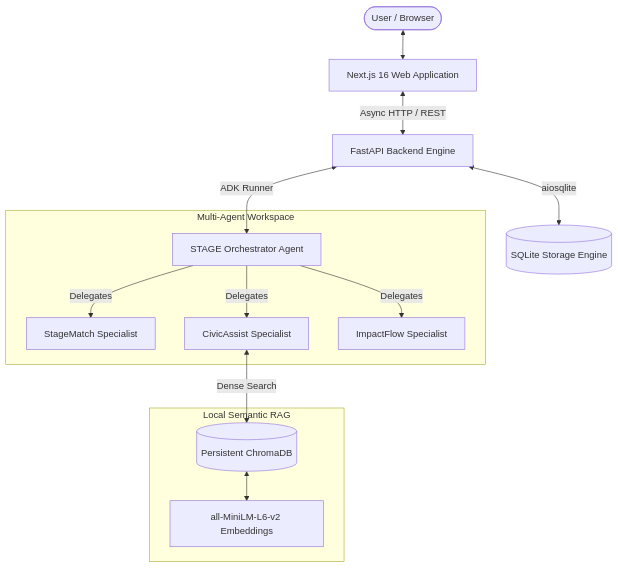
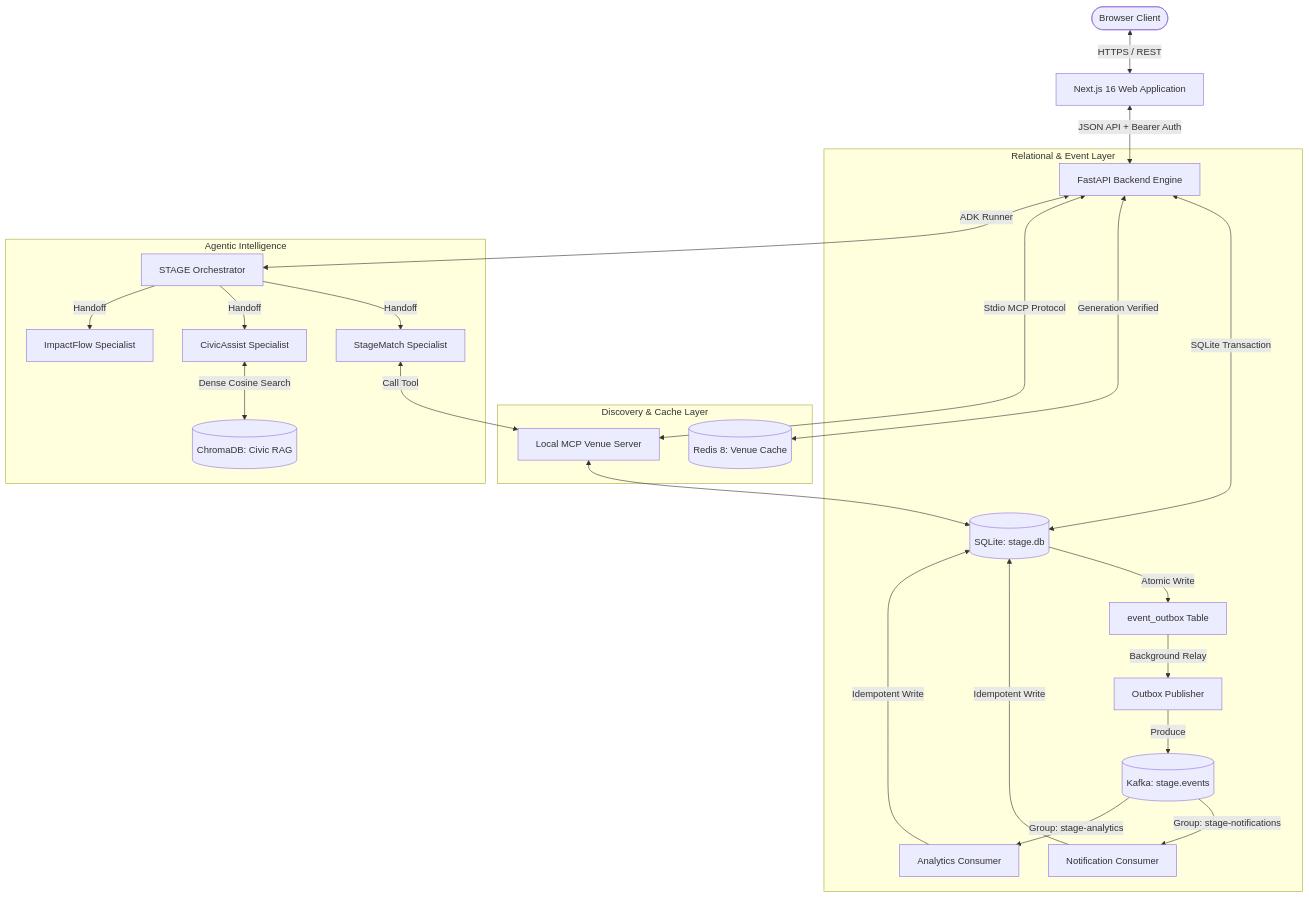
Before and after one commit to arunshrinivaas/stage-agentic-platform: the diagram in README.md, drawn with Mermaid. The commit also changed other lines of this file and 124 other files, not shown here.

````diff
--- a/README.md
+++ b/README.md
@@ -48,19 +109,31 @@
 ```mermaid
 graph TD
-    User([User / Browser]) <--> UI[Next.js 16 Web Application]
-    UI <-->|Async HTTP / REST| API[FastAPI Backend Engine]
-    
-    API <-->|aiosqlite| DB[(SQLite Storage Engine)]
-    API <-->|ADK Runner| Orch[STAGE Orchestrator Agent]
-    
-    subgraph Multi-Agent Workspace
-        Orch -->|Delegates| SM[StageMatch Specialist]
-        Orch -->|Delegates| CA[CivicAssist Specialist]
-        Orch -->|Delegates| IF[ImpactFlow Specialist]
+    User([Browser Client]) <-->|HTTPS / REST| Next[Next.js 16 Web Application]
+    Next <-->|JSON API + Bearer Auth| Fast[FastAPI Backend Engine]
+
+    subgraph Relational & Event Layer
+        Fast <-->|SQLite Transaction| DB[(SQLite: stage.db)]
+        DB -->|Atomic Write| Outbox[event_outbox Table]
+        Outbox -->|Background Relay| Pub[Outbox Publisher]
+        Pub -->|Produce| Kafka[(Kafka: stage.events)]
+        Kafka -->|Group: stage-notifications| ConsNotif[Notification Consumer]
+        Kafka -->|Group: stage-analytics| ConsAnal[Analytics Consumer]
+        ConsNotif -->|Idempotent Write| DB
+        ConsAnal -->|Idempotent Write| DB
     end
-    
-    subgraph Local Semantic RAG
-        CA <-->|Dense Search| Chroma[(Persistent ChromaDB)]
-        Chroma <--> Embed[all-MiniLM-L6-v2 Embeddings]
+
+    subgraph Discovery & Cache Layer
+        Fast <-->|Generation Verified| Redis[(Redis 8: Venue Cache)]
+        Fast <-->|Stdio MCP Protocol| MCP[Local MCP Venue Server]
+        MCP <--> DB
+    end
+
+    subgraph Agentic Intelligence
+        Fast <-->|ADK Runner| Orch[STAGE Orchestrator]
+        Orch -->|Handoff| SM[StageMatch Specialist]
+        Orch -->|Handoff| CA[CivicAssist Specialist]
+        Orch -->|Handoff| IF[ImpactFlow Specialist]
+        CA <-->|Dense Cosine Search| Chroma[(ChromaDB: Civic RAG)]
+        SM <-->|Call Tool| MCP
     end
 ```
````
